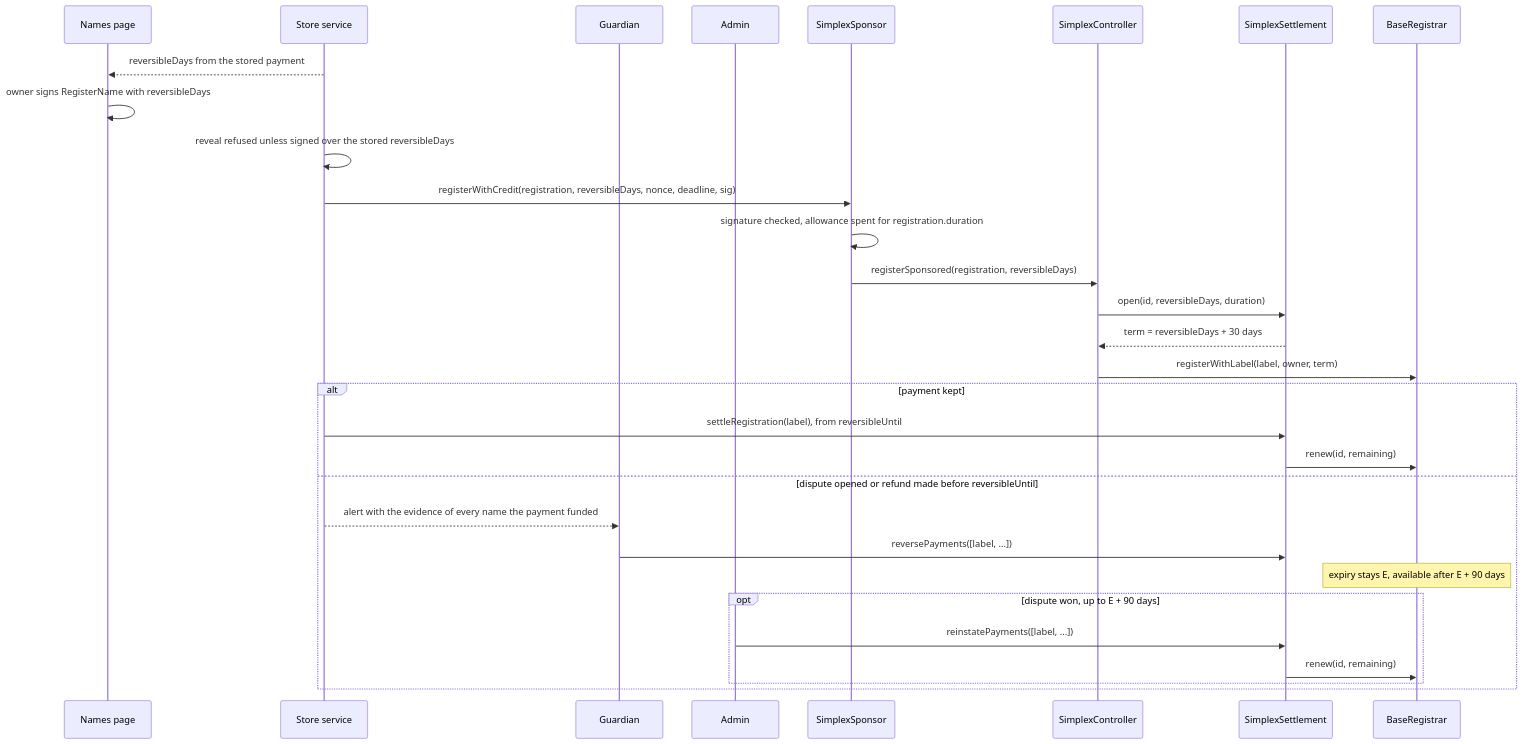
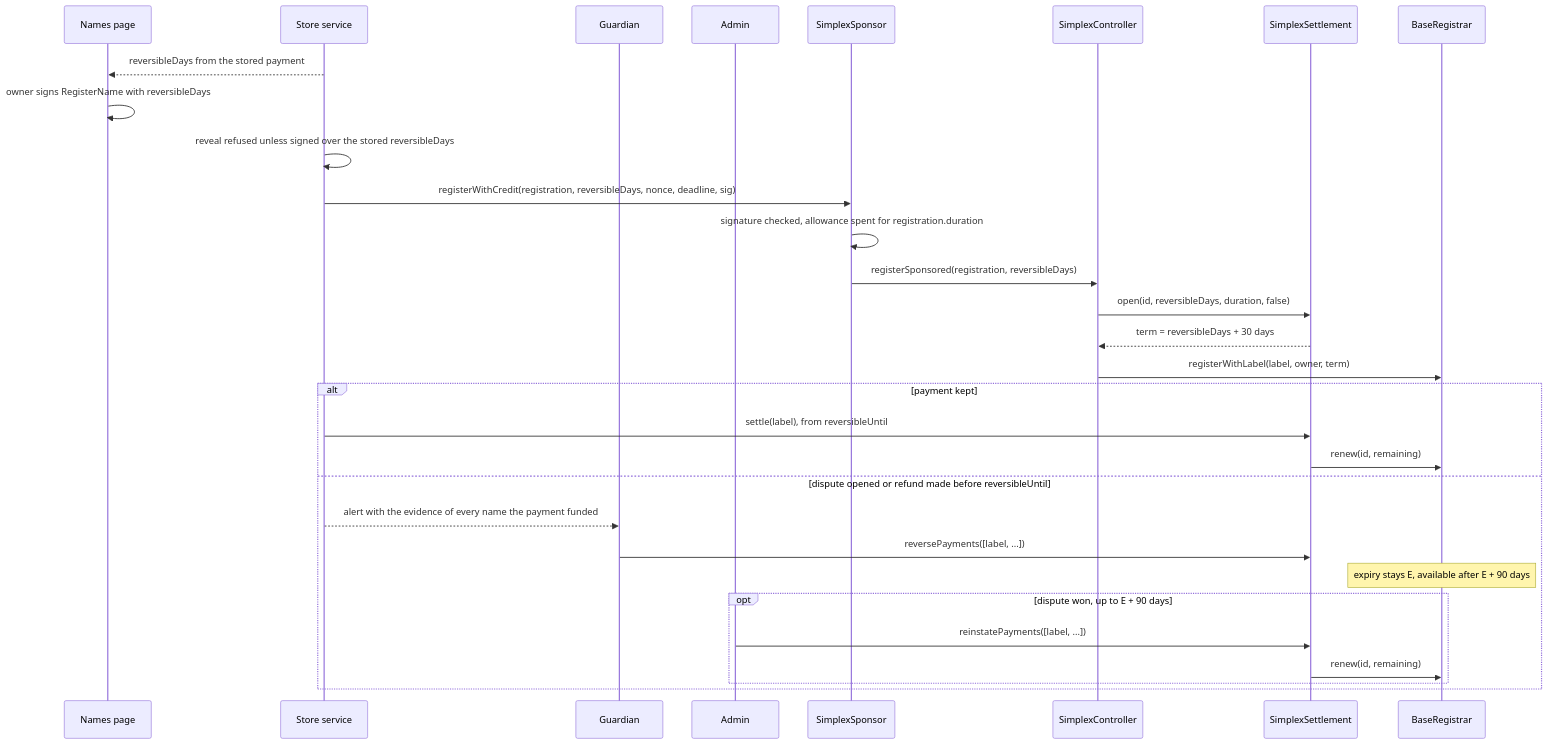
One commit to brenzi-agent/simplex-namespace-contract changed the second of 8 diagrams in docs/plans/payment-reversal.md. Above: the diagram before and after it, drawn with Mermaid. The commit also changed other lines of this file, not shown here.

Commit message:
docs: reversible renewals and the owner's answers in the payment reversal plan

````diff
--- a/docs/plans/payment-reversal.md
+++ b/docs/plans/payment-reversal.md
@@ -162,32 +208,32 @@
 ```mermaid
 sequenceDiagram
   participant P as Names page
   participant S as Store service
   participant G as Guardian
   participant A as Admin
   participant Sp as SimplexSponsor
   participant C as SimplexController
   participant St as SimplexSettlement
   participant R as BaseRegistrar
   S-->>P: reversibleDays from the stored payment
   P->>P: owner signs RegisterName with reversibleDays
   S->>S: reveal refused unless signed over the stored reversibleDays
   S->>Sp: registerWithCredit(registration, reversibleDays, nonce, deadline, sig)
   Sp->>Sp: signature checked, allowance spent for registration.duration
   Sp->>C: registerSponsored(registration, reversibleDays)
-  C->>St: open(id, reversibleDays, duration)
+  C->>St: open(id, reversibleDays, duration, false)
   St-->>C: term = reversibleDays + 30 days
   C->>R: registerWithLabel(label, owner, term)
   alt payment kept
-    S->>St: settleRegistration(label), from reversibleUntil
+    S->>St: settle(label), from reversibleUntil
     St->>R: renew(id, remaining)
   else dispute opened or refund made before reversibleUntil
     S-->>G: alert with the evidence of every name the payment funded
     G->>St: reversePayments([label, ...])
     Note over R: expiry stays E, available after E + 90 days
     opt dispute won, up to E + 90 days
       A->>St: reinstatePayments([label, ...])
       St->>R: renew(id, remaining)
     end
   end
 ```
````
